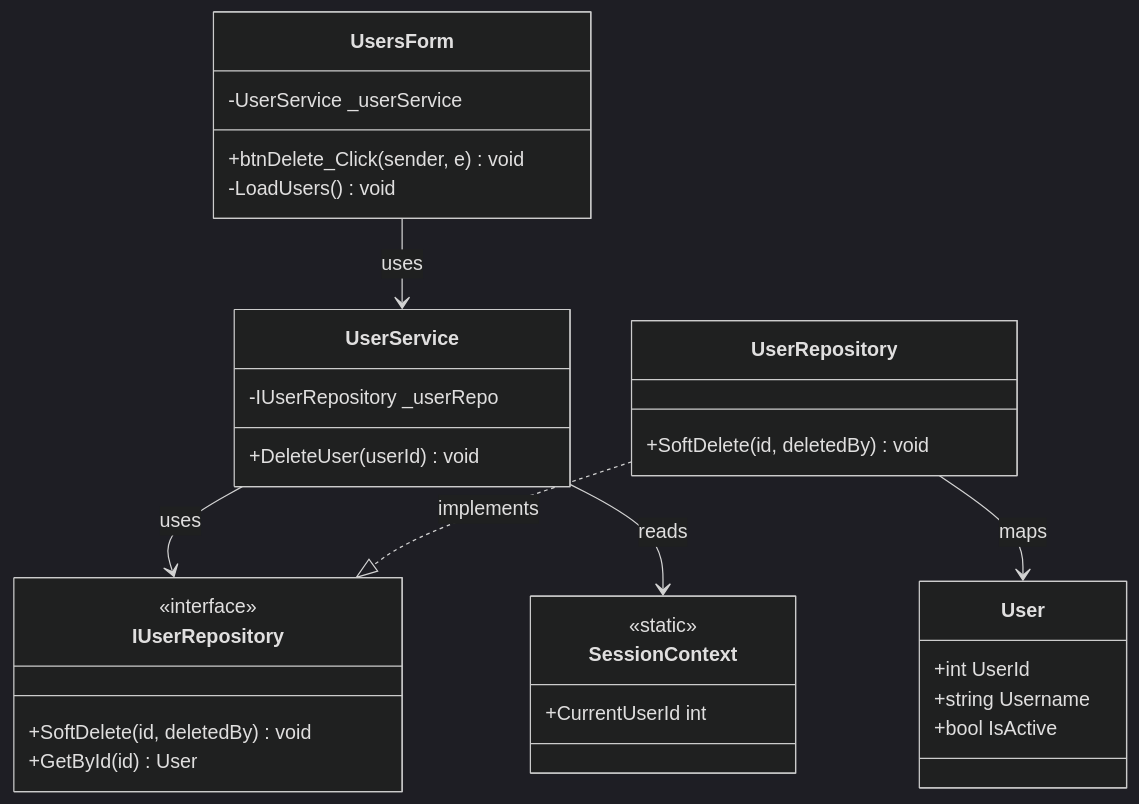
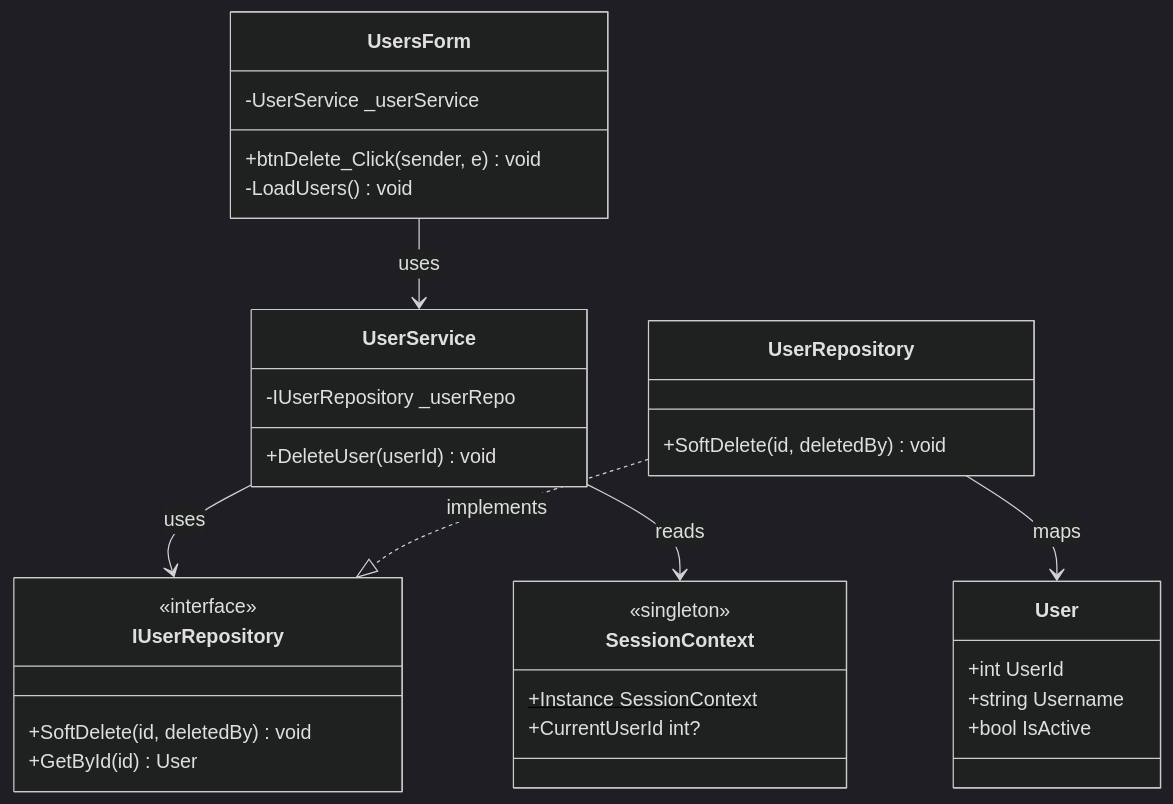
Before and after one commit to nahuk86/tp_diploma_nk_2026: the third of 9 diagrams in Documentation/UML_Diagrams/03_User_Management_Process_Class_Diagram.md, drawn with Mermaid (dark theme). The commit also changed other lines of this file and 7 other files, not shown here.

Commit message:
docs: update UML diagrams to reflect code refactoring

````diff
--- a/Documentation/UML_Diagrams/03_User_Management_Process_Class_Diagram.md
+++ b/Documentation/UML_Diagrams/03_User_Management_Process_Class_Diagram.md
@@ -132,40 +132,41 @@
 ```mermaid
 classDiagram
     class UsersForm {
         -UserService _userService
         +btnDelete_Click(sender, e) void
         -LoadUsers() void
     }
 
     class UserService {
         -IUserRepository _userRepo
         +DeleteUser(userId) void
     }
 
     class IUserRepository {
         <<interface>>
         +SoftDelete(id, deletedBy) void
         +GetById(id) User
     }
 
     class UserRepository {
         +SoftDelete(id, deletedBy) void
     }
 
     class SessionContext {
-        <<static>>
-        +CurrentUserId int
+        <<singleton>>
+        +Instance SessionContext$
+        +CurrentUserId int?
     }
 
     class User {
         +int UserId
         +string Username
         +bool IsActive
     }
 
     UsersForm --> UserService : uses
     UserService --> IUserRepository : uses
     UserService --> SessionContext : reads
     UserRepository ..|> IUserRepository : implements
     UserRepository --> User : maps
 ```
````
